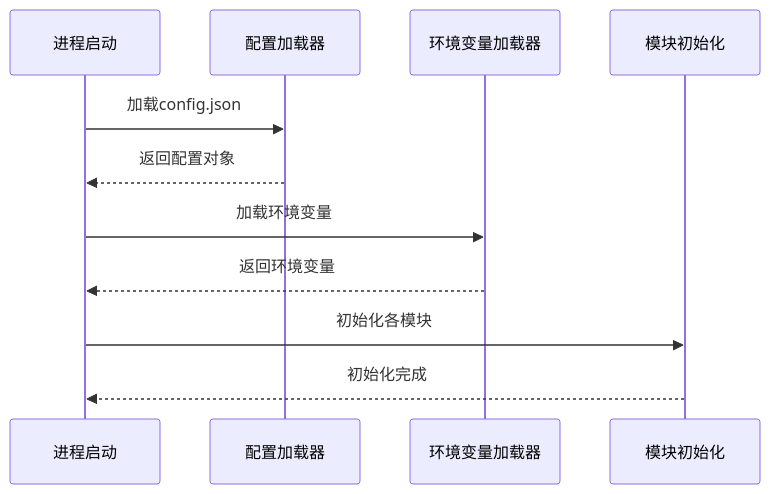
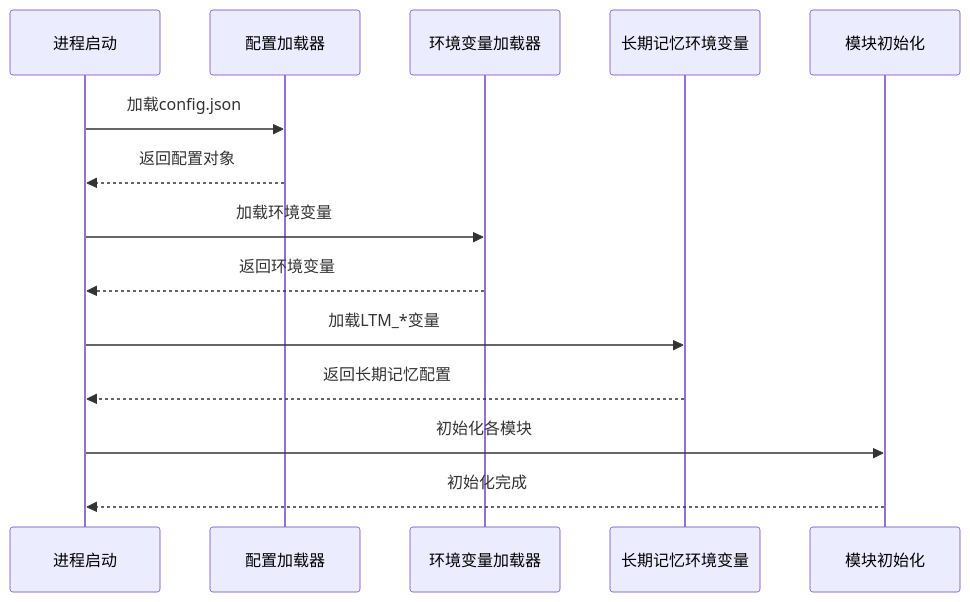
One commit to HanHuiOnLine/724-office changed diagram 20 of 20 in .qoder/repowiki/zh/content/配置管理/配置管理.md. Above: the diagram before and after it, drawn with Mermaid. The commit also changed other lines of this file and 14 other files, not shown here.

Commit message:
优化意图识别

````diff
--- a/.qoder/repowiki/zh/content/配置管理/配置管理.md
+++ b/.qoder/repowiki/zh/content/配置管理/配置管理.md
@@ -541,13 +727,16 @@
 ```mermaid
 sequenceDiagram
 participant Process as 进程启动
 participant ConfigLoader as 配置加载器
 participant EnvLoader as 环境变量加载器
+participant LongTermEnvLoader as 长期记忆环境变量
 participant Modules as 模块初始化
 Process->>ConfigLoader : 加载config.json
 ConfigLoader-->>Process : 返回配置对象
 Process->>EnvLoader : 加载环境变量
 EnvLoader-->>Process : 返回环境变量
+Process->>LongTermEnvLoader : 加载LTM_*变量
+LongTermEnvLoader-->>Process : 返回长期记忆配置
 Process->>Modules : 初始化各模块
 Modules-->>Process : 初始化完成
 ```
````
